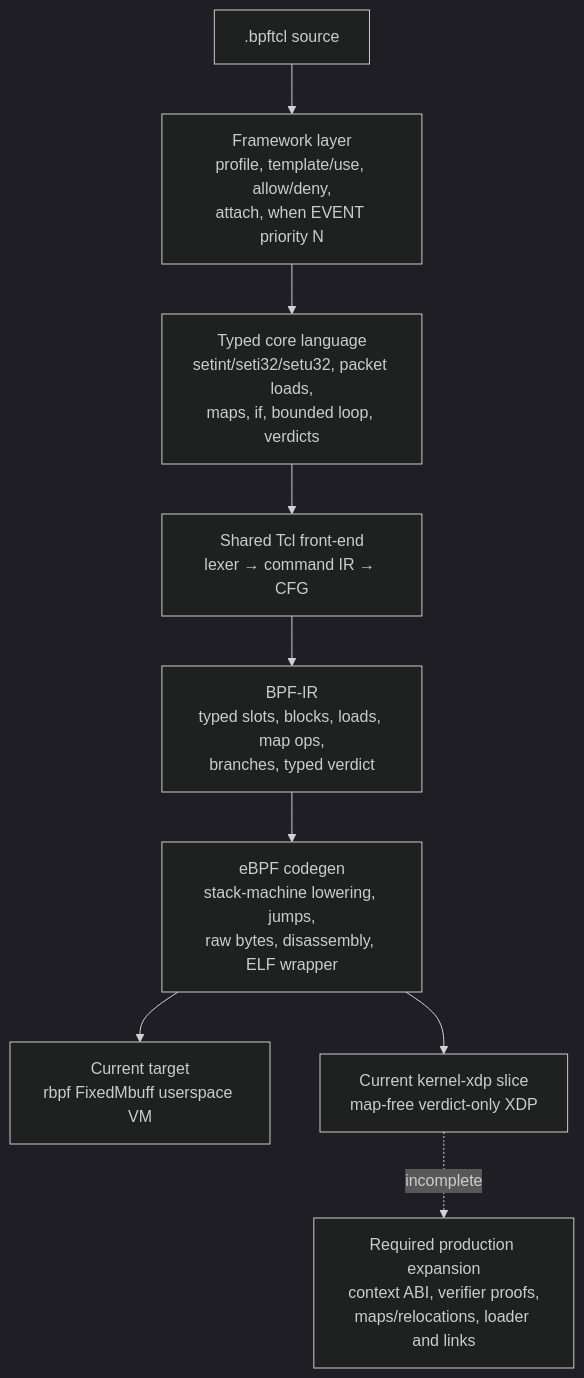
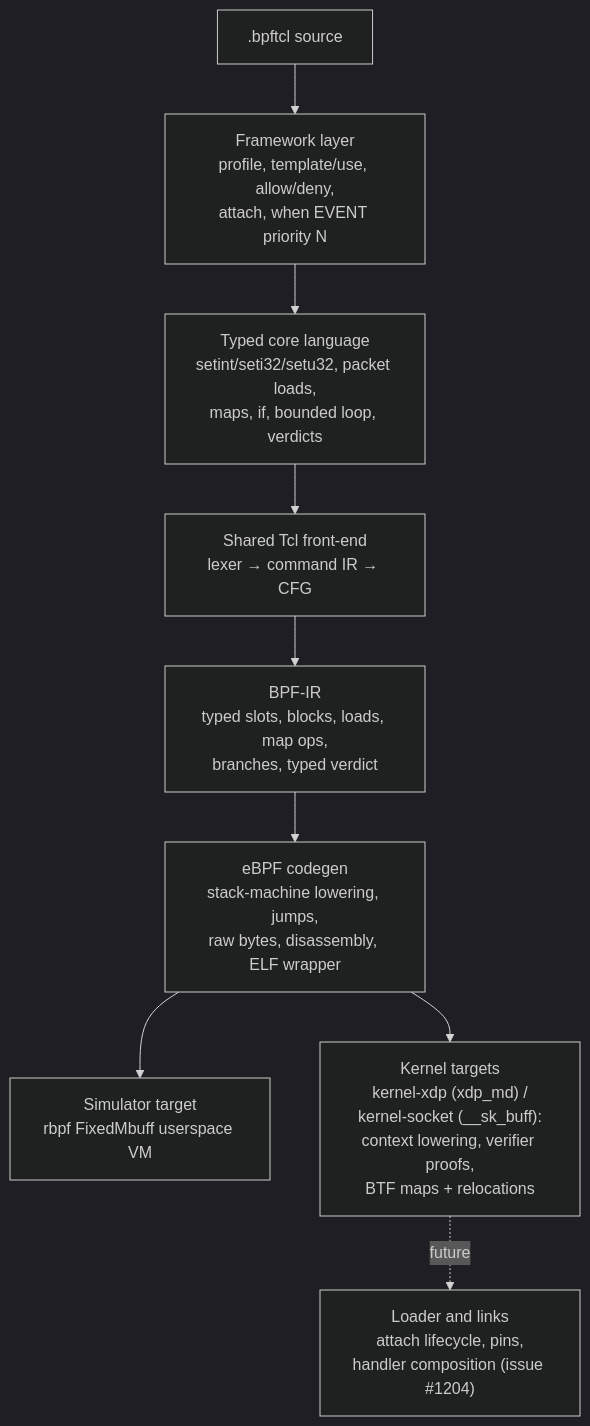
Before and after one commit to bitwisecook/tcl-lsp: the diagram in docs/design/compiler/ebpf-backend.md, drawn with Mermaid (dark theme). The commit also changed other lines of this file and 67 other files, not shown here.

First line of the commit message:
BPF-Tcl: registry-described IR contracts, kernel codegen, typed event schemas (#1202, #1203, #1204) (#1225)

````diff
--- a/docs/design/compiler/ebpf-backend.md
+++ b/docs/design/compiler/ebpf-backend.md
@@ -21,17 +37,17 @@
 ```mermaid
 flowchart TB
     Source[".bpftcl source"]
     Framework["Framework layer<br/>profile, template/use, allow/deny,<br/>attach, when EVENT priority N"]
     Core["Typed core language<br/>setint/seti32/setu32, packet loads,<br/>maps, if, bounded loop, verdicts"]
     TclIR["Shared Tcl front-end<br/>lexer → command IR → CFG"]
     BpfIR["BPF-IR<br/>typed slots, blocks, loads, map ops,<br/>branches, typed verdict"]
     Codegen["eBPF codegen<br/>stack-machine lowering, jumps,<br/>raw bytes, disassembly, ELF wrapper"]
-    Rbpf["Current target<br/>rbpf FixedMbuff userspace VM"]
-    Kernel["Current kernel-xdp slice<br/>map-free verdict-only XDP"]
-    Production["Required production expansion<br/>context ABI, verifier proofs,<br/>maps/relocations, loader and links"]
+    Rbpf["Simulator target<br/>rbpf FixedMbuff userspace VM"]
+    Kernel["Kernel targets<br/>kernel-xdp (xdp_md) /<br/>kernel-socket (__sk_buff):<br/>context lowering, verifier proofs,<br/>BTF maps + relocations"]
+    Loader["Loader and links<br/>attach lifecycle, pins,<br/>handler composition (issue #1204)"]
 
     Source --> Framework --> Core --> TclIR --> BpfIR --> Codegen
     Codegen --> Rbpf
     Codegen --> Kernel
-    Kernel -. incomplete .-> Production
+    Kernel -. future .-> Loader
 ```
````
